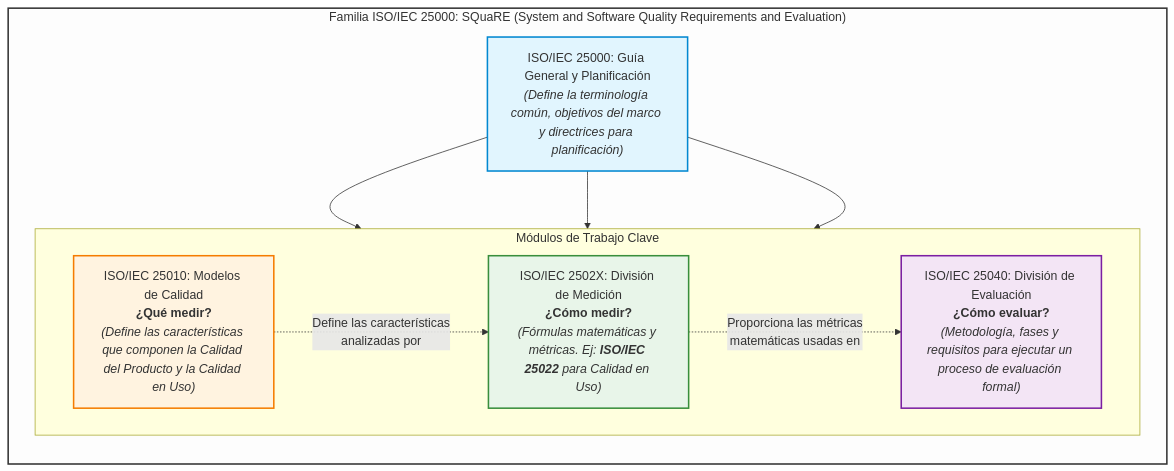
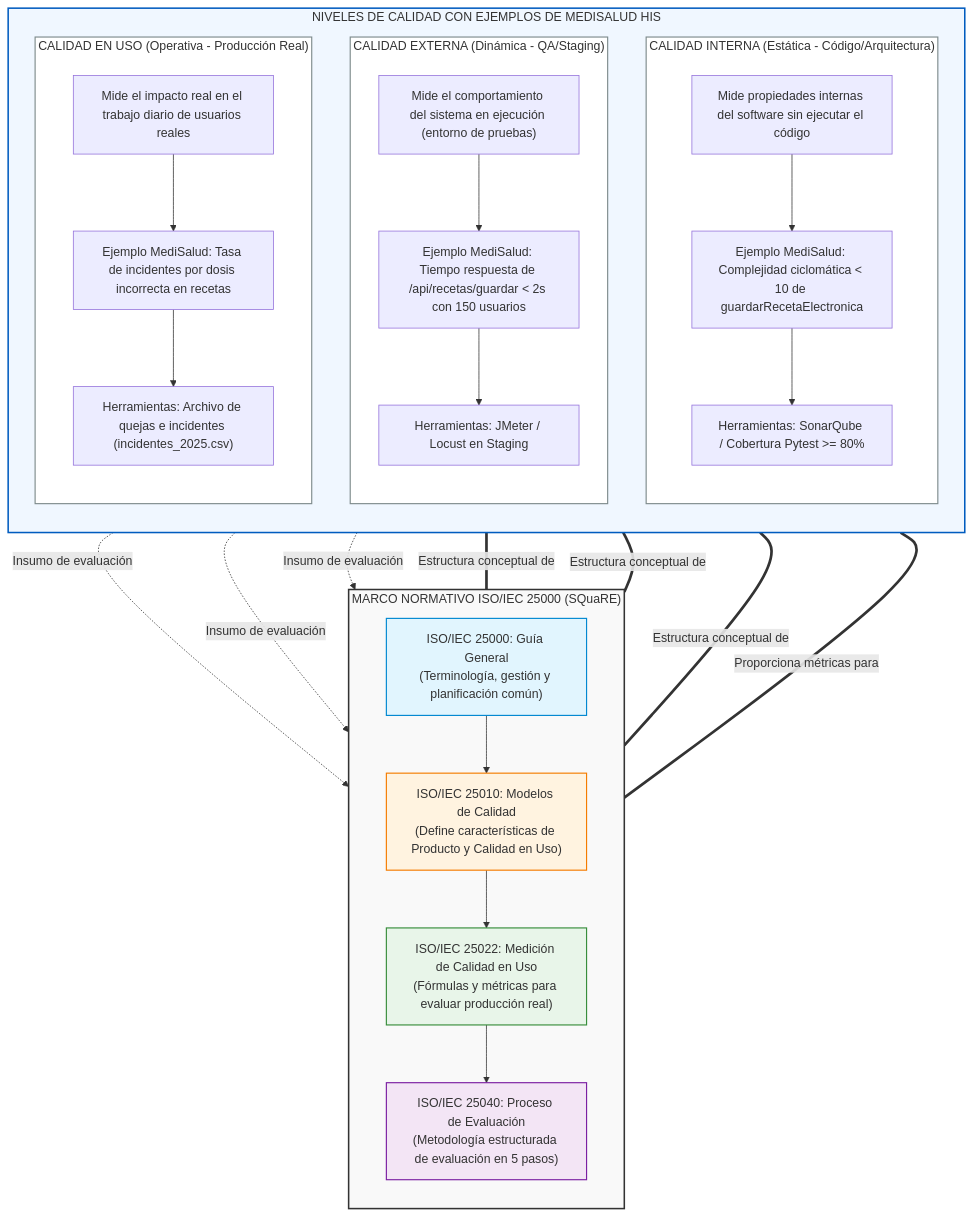
Before and after one commit to LeoNarvaez2503/medisalud-calidad-uso: the diagram in docs/modelo_square.md, drawn with Mermaid. The commit also changed other lines of this file, not shown here.

Commit message:
docs: update SQuaRE conceptual map to include internal, external, and usage quality levels for MediSalud HIS

````diff
--- a/docs/modelo_square.md
+++ b/docs/modelo_square.md
@@ -49,31 +49,68 @@
 ```mermaid
 flowchart TD
-    subgraph SQuaRE ["Familia ISO/IEC 25000: SQuaRE (System and Software Quality Requirements and Evaluation)"]
+    %% Standards Subgraph
+    subgraph SQuaRE ["MARCO NORMATIVO ISO/IEC 25000 (SQuaRE)"]
+        direction TB
+        N25000["ISO/IEC 25000: Guía General\n(Terminología, gestión y planificación común)"]
+        N25010["ISO/IEC 25010: Modelos de Calidad\n(Define características de Producto y Calidad en Uso)"]
+        N25022["ISO/IEC 25022: Medición de Calidad en Uso\n(Fórmulas y métricas para evaluar producción real)"]
+        N25040["ISO/IEC 25040: Proceso de Evaluación\n(Metodología estructurada de evaluación en 5 pasos)"]
+        
+        N25000 --> N25010
+        N25010 --> N25022
+        N25022 --> N25040
+    end
+
+    %% Levels of Quality Subgraph
+    subgraph Niveles ["NIVELES DE CALIDAD CON EJEMPLOS DE MEDISALUD HIS"]
         direction TB
         
-        G25000["ISO/IEC 25000: Guía General y Planificación<br><i>(Define la terminología común, objetivos del marco y directrices para planificación)</i>"]
-        
-        subgraph Divisiones ["Módulos de Trabajo Clave"]
-            direction LR
-            
-            M25010["ISO/IEC 25010: Modelos de Calidad<br><b>¿Qué medir?</b><br><i>(Define las características que componen la Calidad del Producto y la Calidad en Uso)</i>"]
-            
-            M25020["ISO/IEC 2502X: División de Medición<br><b>¿Cómo medir?</b><br><i>(Fórmulas matemáticas y métricas. Ej: <b>ISO/IEC 25022</b> para Calidad en Uso)</i>"]
-            
-            M25040["ISO/IEC 25040: División de Evaluación<br><b>¿Cómo evaluar?</b><br><i>(Metodología, fases y requisitos para ejecutar un proceso de evaluación formal)</i>"]
+        subgraph Interna ["CALIDAD INTERNA (Estática - Código/Arquitectura)"]
+            direction TB
+            CI_Def["Mide propiedades internas del software sin ejecutar el código"]
+            CI_Ej["Ejemplo MediSalud: Complejidad ciclomática < 10 de guardarRecetaElectronica"]
+            CI_Tool["Herramientas: SonarQube / Cobertura Pytest >= 80%"]
+            CI_Def --> CI_Ej --> CI_Tool
         end
         
-        G25000 --> M25010
-        G25000 --> M25020
-        G25000 --> M25040
+        subgraph Externa ["CALIDAD EXTERNA (Dinámica - QA/Staging)"]
+            direction TB
+            CE_Def["Mide el comportamiento del sistema en ejecución (entorno de pruebas)"]
+            CE_Ej["Ejemplo MediSalud: Tiempo respuesta de /api/recetas/guardar < 2s con 150 usuarios"]
+            CE_Tool["Herramientas: JMeter / Locust en Staging"]
+            CE_Def --> CE_Ej --> CE_Tool
+        end
         
-        M25010 -.-> |"Define las características<br>analizadas por"| M25020
-        M25020 -.-> |"Proporciona las métricas<br>matemáticas usadas en"| M25040
+        subgraph Uso ["CALIDAD EN USO (Operativa - Producción Real)"]
+            direction TB
+            CU_Def["Mide el impacto real en el trabajo diario de usuarios reales"]
+            CU_Ej["Ejemplo MediSalud: Tasa de incidentes por dosis incorrecta en recetas"]
+            CU_Tool["Herramientas: Archivo de quejas e incidentes (incidentes_2025.csv)"]
+            CU_Def --> CU_Ej --> CU_Tool
+        end
     end
+
+    %% Cross-subgraph Relationships
+    N25010 ===|Estructura conceptual de| Interna
+    N25010 ===|Estructura conceptual de| Externa
+    N25010 ===|Estructura conceptual de| Uso
     
-    style SQuaRE fill:#fdfdfd,stroke:#333,stroke-width:2px;
-    style G25000 fill:#e1f5fe,stroke:#0288d1,stroke-width:2px;
-    style M25010 fill:#fff3e0,stroke:#f57c00,stroke-width:2px;
-    style M25020 fill:#e8f5e9,stroke:#388e3c,stroke-width:2px;
-    style M25040 fill:#f3e5f5,stroke:#7b1fa2,stroke-width:2px;
+    N25022 ===|Proporciona métricas para| Uso
+    
+    CI_Tool -.->|Insumo de evaluación| N25040
+    CE_Tool -.->|Insumo de evaluación| N25040
+    CU_Tool -.->|Insumo de evaluación| N25040
+
+    %% Styling
+    style SQuaRE fill:#f9f9f9,stroke:#333,stroke-width:2px;
+    style Niveles fill:#f0f7ff,stroke:#005cbf,stroke-width:2px;
+    
+    style N25000 fill:#e1f5fe,stroke:#0288d1,stroke-width:1.5px;
+    style N25010 fill:#fff3e0,stroke:#f57c00,stroke-width:1.5px;
+    style N25022 fill:#e8f5e9,stroke:#388e3c,stroke-width:1.5px;
+    style N25040 fill:#f3e5f5,stroke:#7b1fa2,stroke-width:1.5px;
+    
+    style Interna fill:#ffffff,stroke:#7f8c8d,stroke-width:1.5px;
+    style Externa fill:#ffffff,stroke:#7f8c8d,stroke-width:1.5px;
+    style Uso fill:#ffffff,stroke:#7f8c8d,stroke-width:1.5px;
 ```
````
